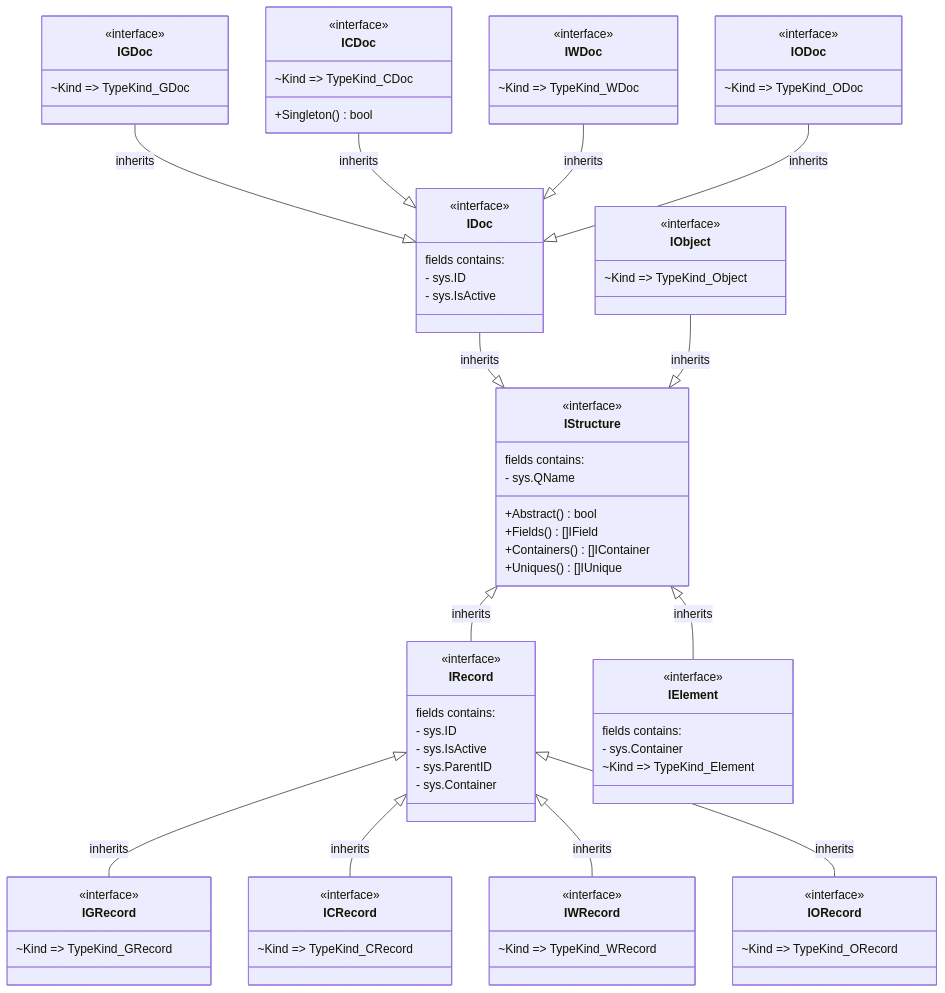
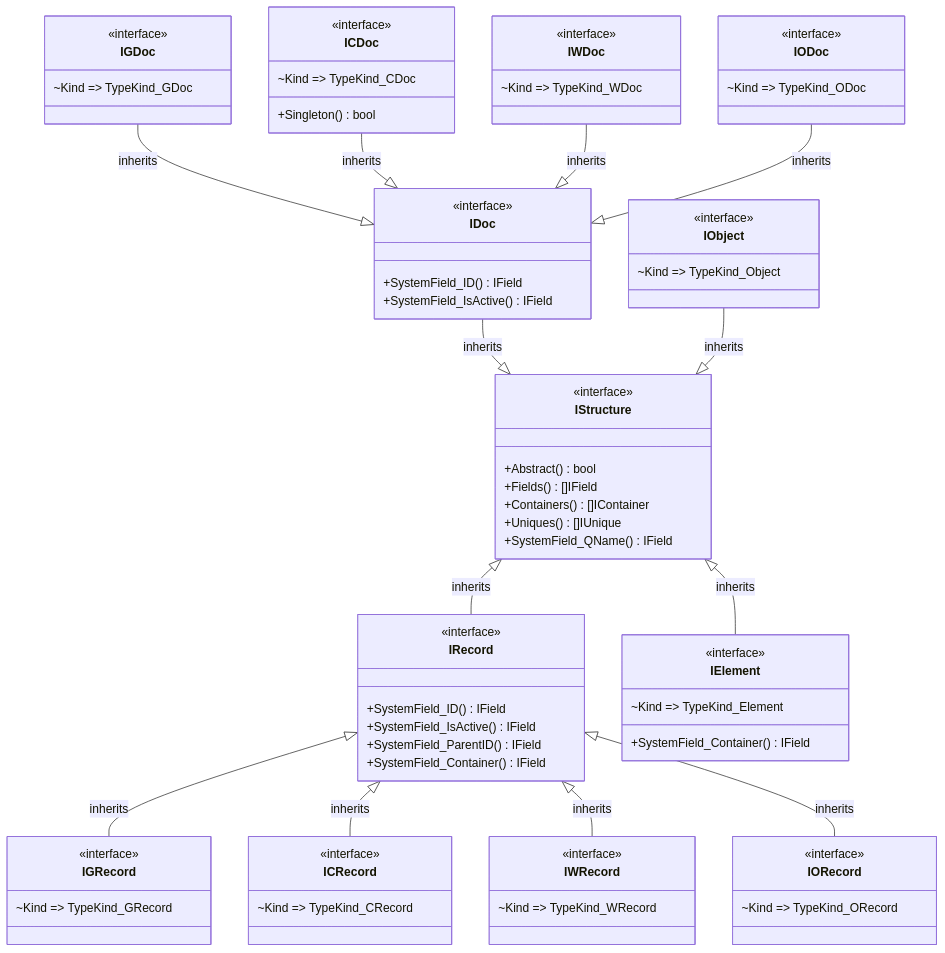
The third of 6 diagrams in pkg/appdef/README.md (voedger/voedger), drawn with Mermaid before and after one commit. The commit also changed other lines of this file, not shown here.

````diff
--- a/pkg/appdef/README.md
+++ b/pkg/appdef/README.md
@@ -366,20 +361,18 @@
 
     class IStructure {
         <<interface>>
-        fields contains:
-        - sys.QName
         +Abstract() bool
         +Fields() []IField
         +Containers() []IContainer
         +Uniques() []IUnique
+        +SystemField_QName() IField
     }
 
     IDoc --|> IStructure : inherits
     class IDoc {
         <<interface>>
-        fields contains:
-        - sys.ID
-        - sys.IsActive
+        +SystemField_ID() IField
+        +SystemField_IsActive() IField
     }
 
     IGDoc --|> IDoc : inherits
@@ -410,11 +403,10 @@
     IStructure <|-- IRecord  : inherits
     class IRecord {
         <<interface>>
-        fields contains:
-        - sys.ID
-        - sys.IsActive
-        - sys.ParentID
-        - sys.Container
+        +SystemField_ID() IField
+        +SystemField_IsActive() IField
+        +SystemField_ParentID() IField
+        +SystemField_Container() IField
     }
 
     IRecord <|-- IGRecord : inherits
@@ -450,8 +442,7 @@
     IStructure <|-- IElement : inherits
     class IElement {
         <<interface>>
-        fields contains:
-        - sys.Container
         ~Kind => TypeKind_Element
+        +SystemField_Container() IField
     }
 ```
````
